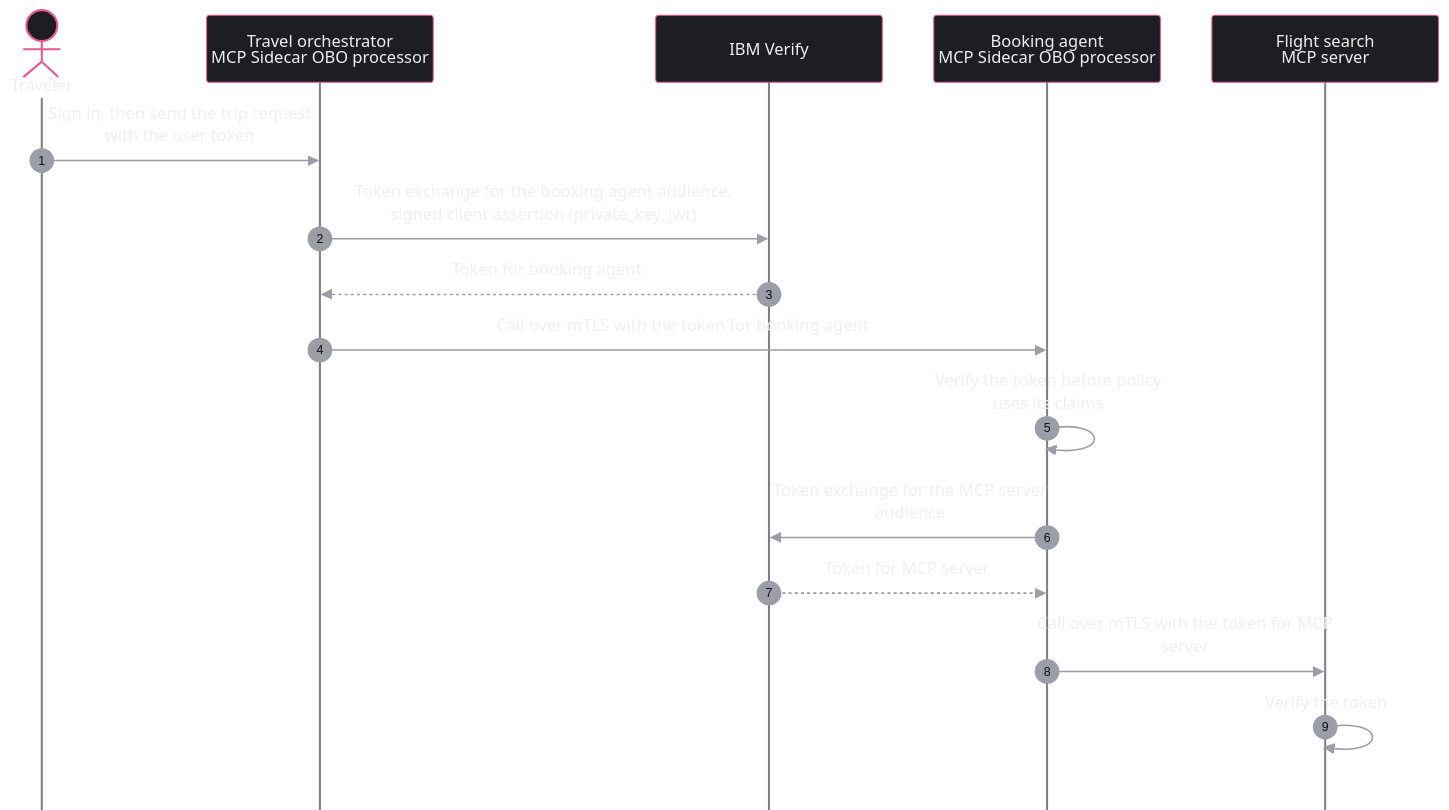
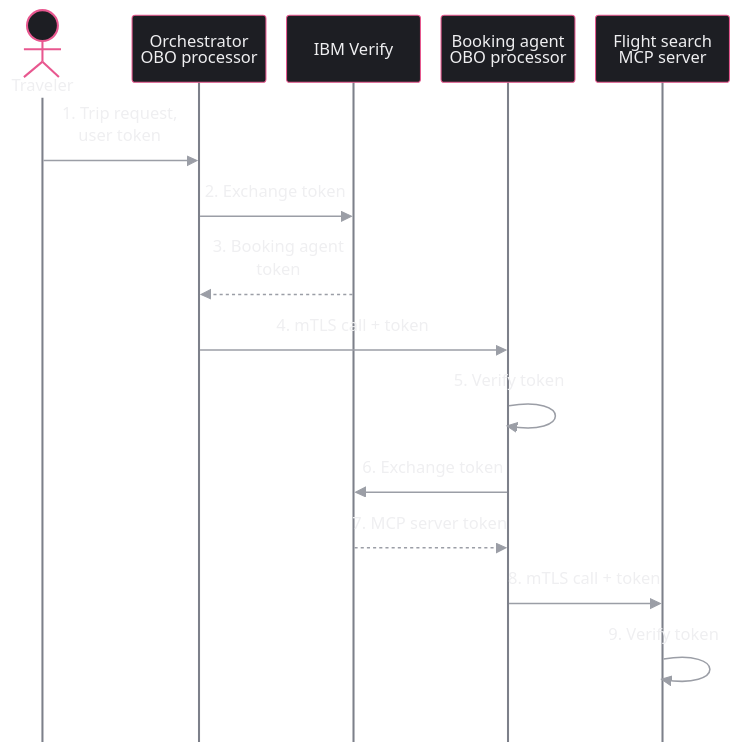
The diagram in content/consul/v2.1.x/img/agentic-mesh/mermaid-markup/obo-token-exchange_dark.mmd (hashicorp/web-unified-docs), drawn with Mermaid before and after one commit. The commit also changed 9 other files, not shown here.

First line of the commit message:
Fit the OBO sequence diagram to the content column

```diff
--- a/content/consul/v2.1.x/img/agentic-mesh/mermaid-markup/obo-token-exchange_dark.mmd
+++ b/content/consul/v2.1.x/img/agentic-mesh/mermaid-markup/obo-token-exchange_dark.mmd
@@ -1,18 +1,17 @@
-%%{init: {"theme":"base","fontFamily":"Helvetica, Arial, sans-serif","flowchart":{"curve":"step","nodeSpacing":60,"rankSpacing":75,"htmlLabels":true},"themeVariables":{"fontFamily":"Helvetica, Arial, sans-serif","fontSize":"16px","background":"#0d0e12","primaryColor":"#1d1e23","primaryBorderColor":"#7d808a","primaryTextColor":"#efeff1","lineColor":"#9b9ea6","clusterBkg":"#16171c","clusterBorder":"#7d808a","titleColor":"#efeff1","edgeLabelBackground":"#0d0e12","actorBkg":"#1d1e23","actorBorder":"#e8578f","actorTextColor":"#efeff1","actorLineColor":"#7d808a","signalColor":"#9b9ea6","signalTextColor":"#efeff1","noteBkgColor":"#16171c","noteBorderColor":"#7d808a","noteTextColor":"#efeff1","activationBkgColor":"#24131b","activationBorderColor":"#b5527f","sequenceNumberColor":"#0d0e12"},"sequence":{"mirrorActors":false,"width":220,"actorMargin":50,"messageMargin":50,"boxMargin":10,"noteMargin":12,"wrap":true}}}%%
+%%{init: {"theme":"base","fontFamily":"Helvetica, Arial, sans-serif","flowchart":{"curve":"step","nodeSpacing":60,"rankSpacing":75,"htmlLabels":true},"themeVariables":{"fontFamily":"Helvetica, Arial, sans-serif","fontSize":"16px","background":"#0d0e12","primaryColor":"#1d1e23","primaryBorderColor":"#7d808a","primaryTextColor":"#efeff1","lineColor":"#9b9ea6","clusterBkg":"#16171c","clusterBorder":"#7d808a","titleColor":"#efeff1","edgeLabelBackground":"#0d0e12","actorBkg":"#1d1e23","actorBorder":"#e8578f","actorTextColor":"#efeff1","actorLineColor":"#7d808a","signalColor":"#9b9ea6","signalTextColor":"#efeff1","noteBkgColor":"#16171c","noteBorderColor":"#7d808a","noteTextColor":"#efeff1","activationBkgColor":"#24131b","activationBorderColor":"#b5527f","sequenceNumberColor":"#0d0e12"},"sequence":{"mirrorActors":false,"width":130,"actorMargin":20,"messageMargin":45,"boxMargin":10,"noteMargin":12,"wrap":true,"actorFontSize":15,"messageFontSize":15}}}%%
 sequenceDiagram
-  autonumber
   actor traveler as Traveler
-  participant orch as Travel orchestrator<br/>MCP Sidecar OBO processor
+  participant orch as Orchestrator<br/>OBO processor
   participant idp as IBM Verify
-  participant booking as Booking agent<br/>MCP Sidecar OBO processor
+  participant booking as Booking agent<br/>OBO processor
   participant mcp as Flight search<br/>MCP server
 
-  traveler->>orch: Sign in, then send the trip request with the user token
-  orch->>idp: Token exchange for the booking agent audience,<br/>signed client assertion (private_key_jwt)
-  idp-->>orch: Token for booking agent
-  orch->>booking: Call over mTLS with the token for booking agent
-  booking->>booking: Verify the token before policy uses its claims
-  booking->>idp: Token exchange for the MCP server audience
-  idp-->>booking: Token for MCP server
-  booking->>mcp: Call over mTLS with the token for MCP server
-  mcp->>mcp: Verify the token
+  traveler->>orch: 1. Trip request,<br/>user token
+  orch->>idp: 2. Exchange token
+  idp-->>orch: 3. Booking agent token
+  orch->>booking: 4. mTLS call + token
+  booking->>booking: 5. Verify token
+  booking->>idp: 6. Exchange token
+  idp-->>booking: 7. MCP server token
+  booking->>mcp: 8. mTLS call + token
+  mcp->>mcp: 9. Verify token
```
